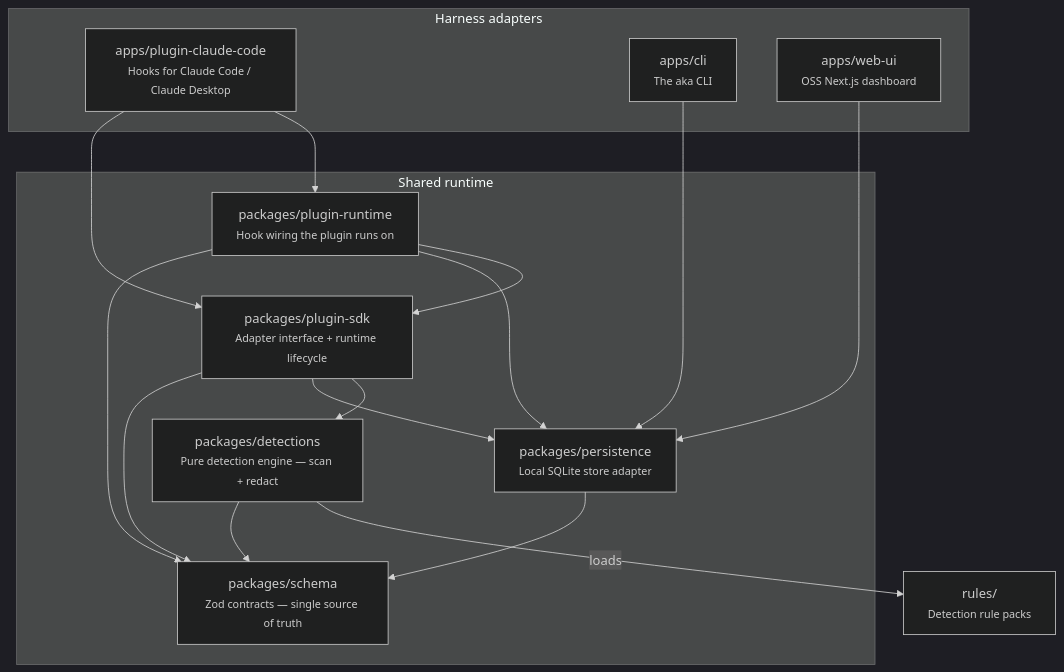
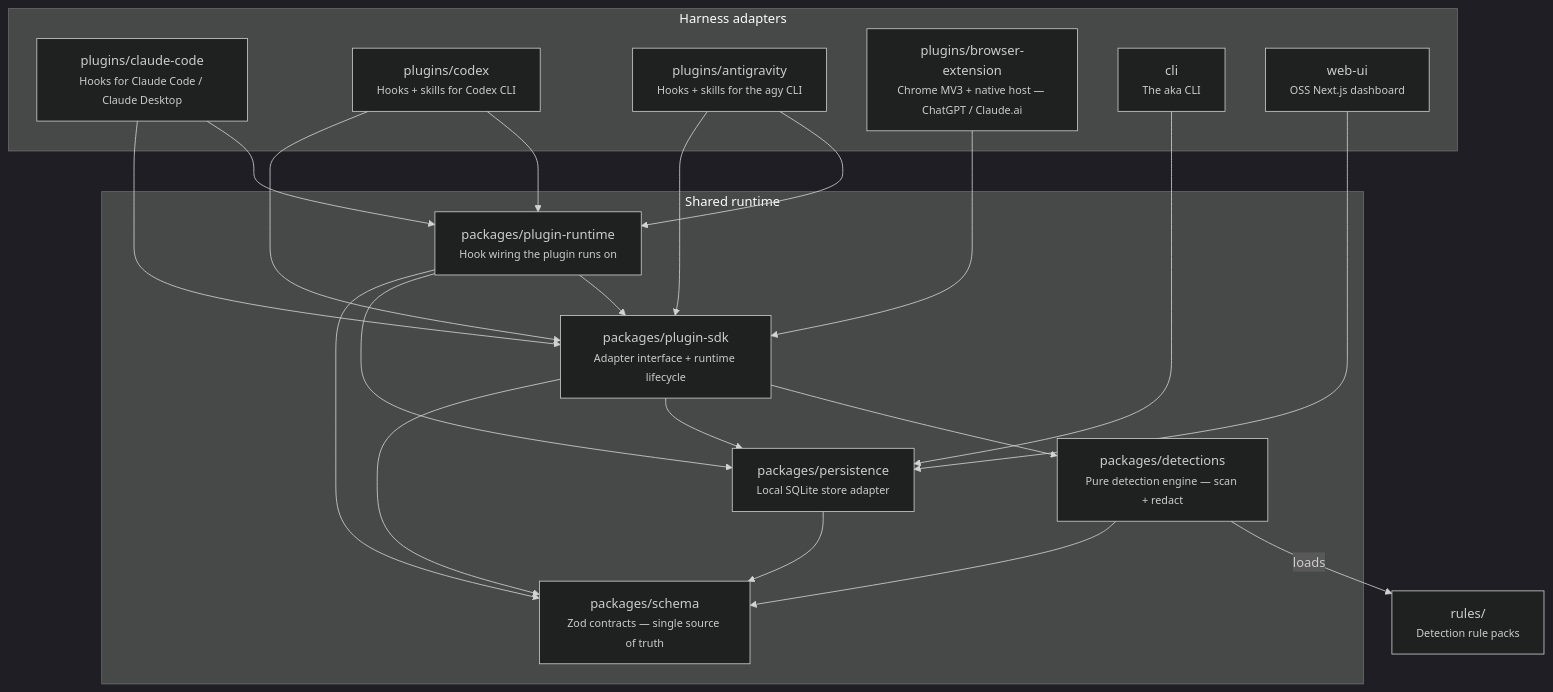
The diagram in docs/architecture/overview.md (akasecurity/ai-tc-docs), drawn with Mermaid (dark theme) before and after one commit. The commit also changed other lines of this file and 13 other files, not shown here.

First line of the commit message:
docs: document the Codex, Antigravity, and browser-extension plugins (#9)

````diff
--- a/docs/architecture/overview.md
+++ b/docs/architecture/overview.md
@@ -75,32 +75,40 @@
 ```mermaid
 flowchart TD
     subgraph adapters["Harness adapters"]
-        plugin["apps/plugin-claude-code<br/><small>Hooks for Claude Code / Claude Desktop</small>"]
-        cli["apps/cli<br/><small>The aka CLI</small>"]
-        webui["apps/web-ui<br/><small>OSS Next.js dashboard</small>"]
+        plugin["plugins/claude-code<br/><small>Hooks for Claude Code / Claude Desktop</small>"]
+        codex["plugins/codex<br/><small>Hooks + skills for Codex CLI</small>"]
+        antigravity["plugins/antigravity<br/><small>Hooks + skills for the agy CLI</small>"]
+        browser["plugins/browser-extension<br/><small>Chrome MV3 + native host — ChatGPT / Claude.ai</small>"]
+        cli["cli<br/><small>The aka CLI</small>"]
+        webui["web-ui<br/><small>OSS Next.js dashboard</small>"]
     end
 
     subgraph runtime["Shared runtime"]
         pluginRuntime["packages/plugin-runtime<br/><small>Hook wiring the plugin runs on</small>"]
         sdk["packages/plugin-sdk<br/><small>Adapter interface + runtime lifecycle</small>"]
         detections["packages/detections<br/><small>Pure detection engine — scan + redact</small>"]
         persistence["packages/persistence<br/><small>Local SQLite store adapter</small>"]
         schema["packages/schema<br/><small>Zod contracts — single source of truth</small>"]
     end
 
     rules["rules/<br/><small>Detection rule packs</small>"]
 
     plugin --> pluginRuntime
     plugin --> sdk
+    codex --> pluginRuntime
+    codex --> sdk
+    antigravity --> pluginRuntime
+    antigravity --> sdk
+    browser --> sdk
     pluginRuntime --> sdk
     pluginRuntime --> persistence
     pluginRuntime --> schema
     sdk --> detections
     sdk --> persistence
     cli --> persistence
     webui --> persistence
     detections -->|loads| rules
     detections --> schema
     persistence --> schema
     sdk --> schema
 ```
````
